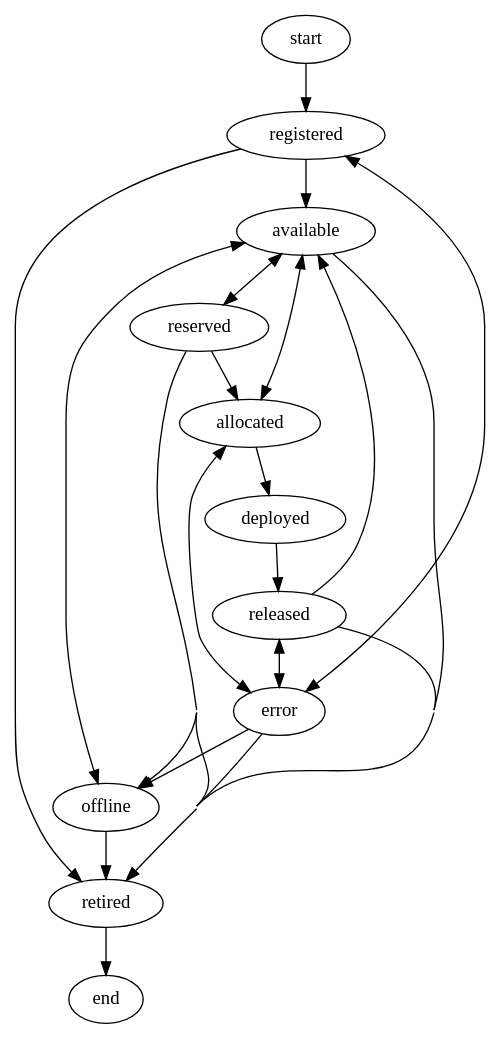
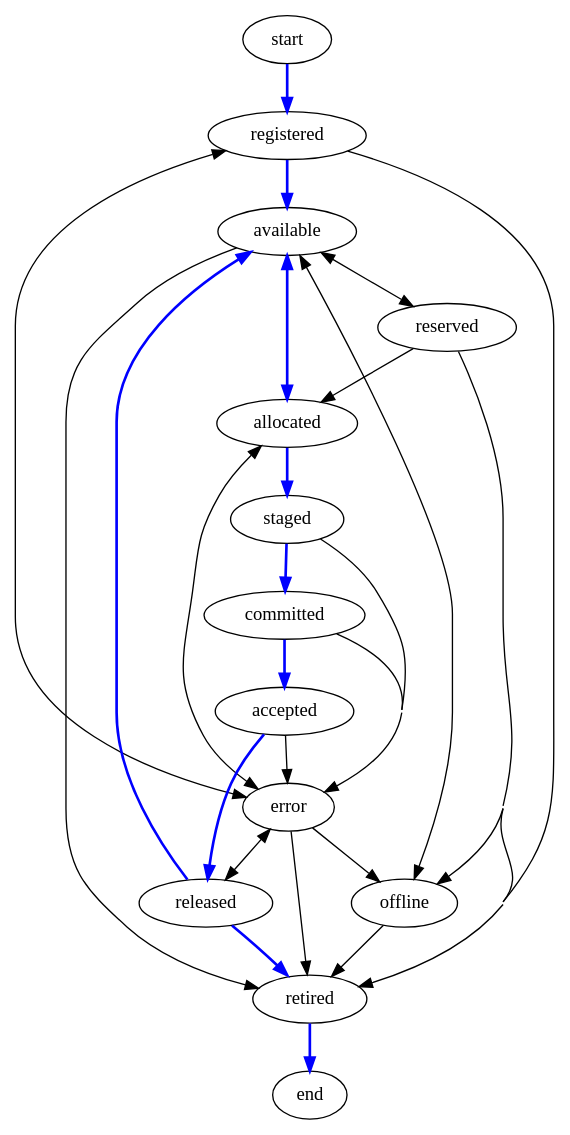
One commit to bgilmer77/deploy-best-practices changed the diagram in doc/dot/resource-fsm-complex.dot. Above: the diagram before and after it, drawn with Graphviz.

Commit message:
expand to include new states

```diff
--- a/doc/dot/resource-fsm-complex.dot
+++ b/doc/dot/resource-fsm-complex.dot
@@ -1,41 +1,56 @@
+#
+# This a an imagined complex version of the statement. It adds a
+#  "reserved", "offline", and "error" states along with new
+#  transitions to tie these states into the model.
+#
+# The simple (conceptual) model edges (transitions) are blue.
+#
 digraph resource_fsm_complex {
   concentrate=true
   edge [arrowsize=1]
 
-  start -> registered
+  start -> registered [color=blue, penwidth=2]
 
-  registered -> available
+  registered -> available [color=blue, penwidth=2]
   registered -> retired
   registered -> error
 
-  available -> allocated
+  available -> allocated [color=blue, penwidth=2]
   available -> retired
   available -> offline
   available -> reserved
 
   reserved -> available
   reserved -> allocated
   reserved -> retired
   reserved -> offline
 
   offline -> available
   offline -> retired
 
-  allocated -> deployed
+  allocated -> staged [color=blue, penwidth=2]
   allocated -> available
   allocated -> error
 
-  deployed -> released
+  staged -> committed [color=blue, penwidth=2]
+  staged -> error
 
-  released -> available
-  released -> retired
+  committed -> accepted [color=blue, penwidth=2]
+  committed -> error
+
+  accepted -> released [color=blue, penwidth=2]
+  accepted -> error
+
+  released -> available [color=blue, penwidth=2]
+
+  released -> retired:nw [color=blue, penwidth=2]
   released -> error
 
   error -> registered
   error -> allocated
   error -> released
   error -> offline
   error -> retired
 
-  retired -> end
+  retired -> end [color=blue, penwidth=2]
 }
```
